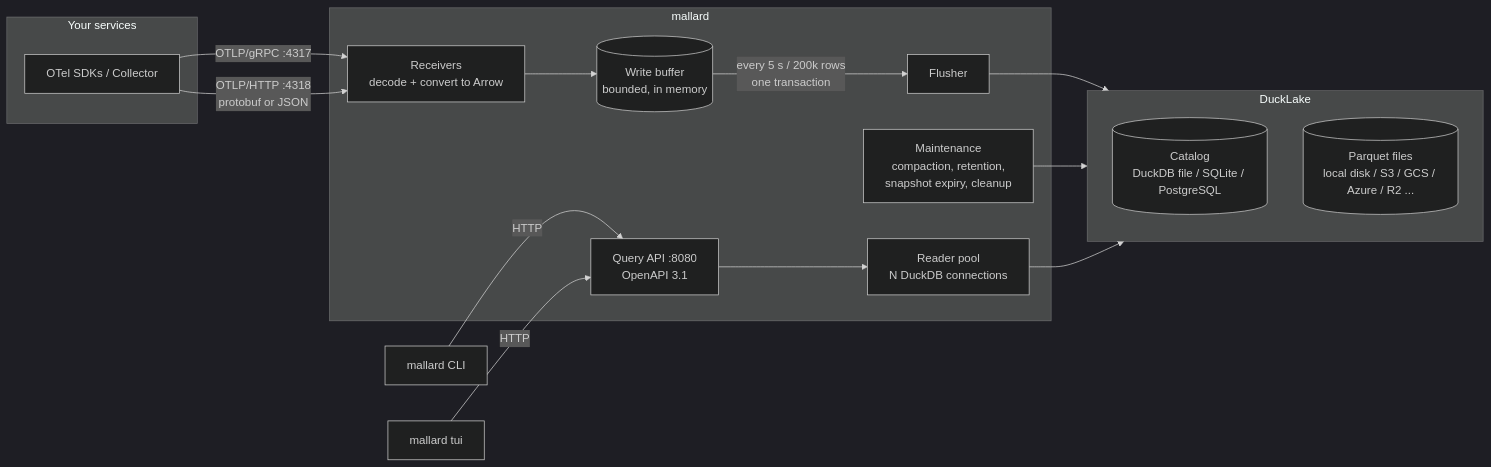
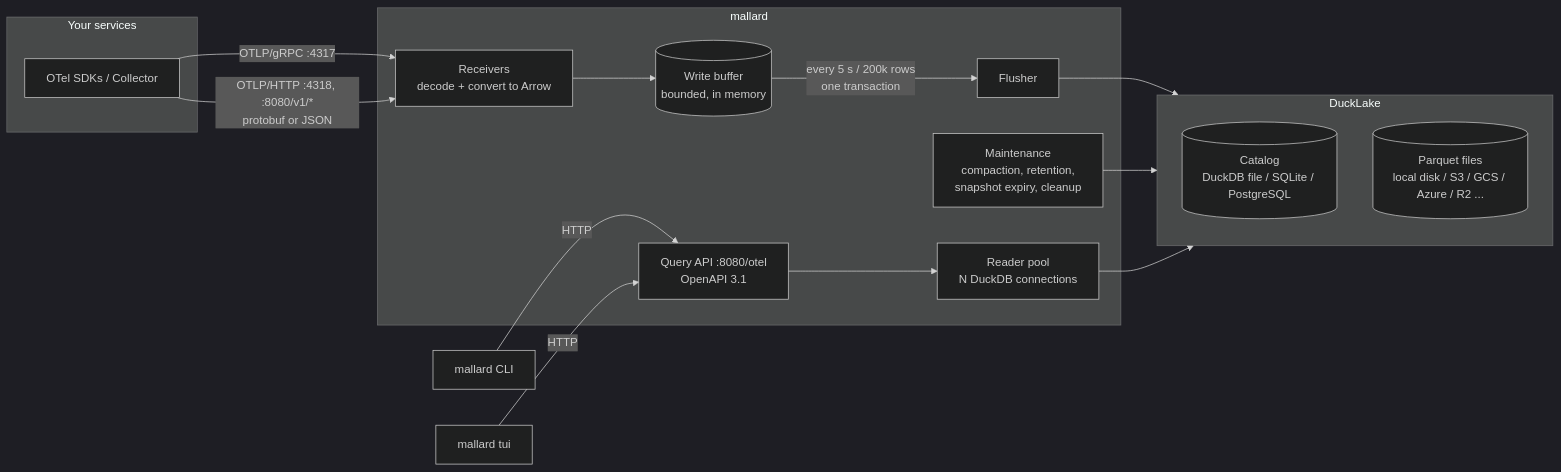
Before and after one commit to helico-tech/mallard: the diagram in docs/otel/architecture.md, drawn with Mermaid (dark theme). The commit also changed other lines of this file and 27 other files, not shown here.

````diff
--- a/docs/otel/architecture.md
+++ b/docs/otel/architecture.md
@@ -7,23 +8,23 @@
 ```mermaid
 flowchart LR
   subgraph apps[Your services]
     A[OTel SDKs / Collector]
   end
   A -- OTLP/gRPC :4317 --> R
-  A -- OTLP/HTTP :4318<br/>protobuf or JSON --> R
+  A -- OTLP/HTTP :4318, :8080/v1/*<br/>protobuf or JSON --> R
   subgraph srv[mallard]
     R[Receivers<br/>decode + convert to Arrow] --> B[(Write buffer<br/>bounded, in memory)]
     B -- every 5 s / 200k rows<br/>one transaction --> F[Flusher]
     M[Maintenance<br/>compaction, retention,<br/>snapshot expiry, cleanup]
-    Q[Query API :8080<br/>OpenAPI 3.1] --> P[Reader pool<br/>N DuckDB connections]
+    Q[Query API :8080/otel<br/>OpenAPI 3.1] --> P[Reader pool<br/>N DuckDB connections]
   end
   F --> D
   M --> D
   P --> D
   subgraph D[DuckLake]
     C[(Catalog<br/>DuckDB file / SQLite / PostgreSQL)]
     O[(Parquet files<br/>local disk / S3 / GCS / Azure / R2 ...)]
   end
   CLI[mallard CLI] -- HTTP --> Q
   TUI[mallard tui] -- HTTP --> Q
 ```
````
